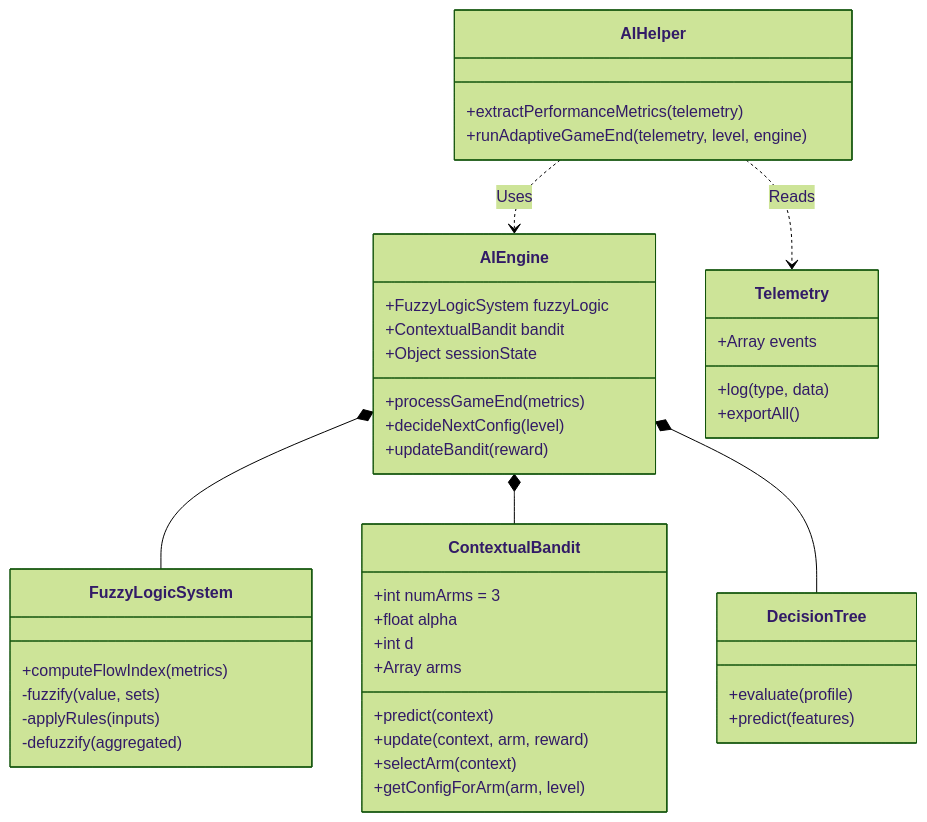
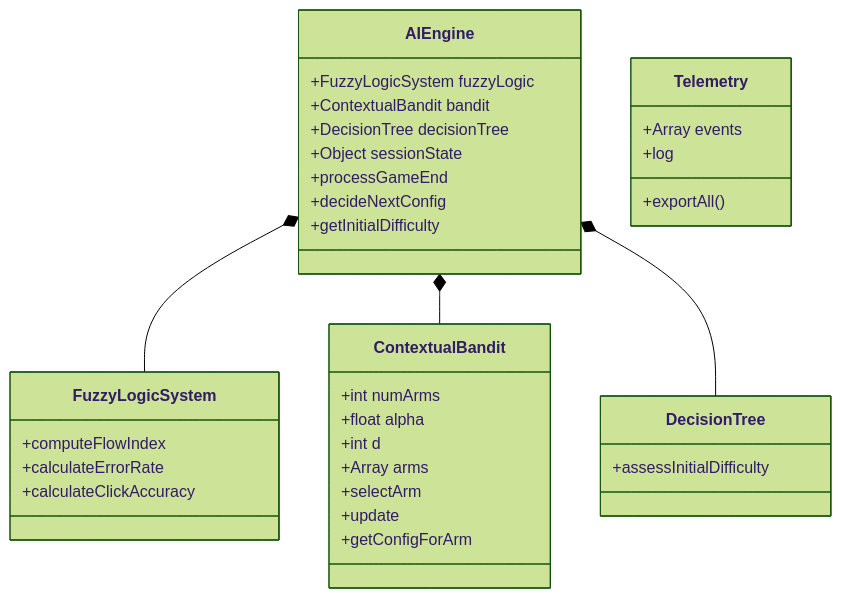
One commit to DDMYmia/Memory-Game-He-Maumahara changed the sixth of 7 diagrams in docs/SYSTEM_DIAGRAMS.md. Above: the diagram before and after it, drawn with Mermaid (forest theme). The commit also changed other lines of this file and 17 other files, not shown here.

````diff
--- a/docs/SYSTEM_DIAGRAMS.md
+++ b/docs/SYSTEM_DIAGRAMS.md
@@ -255,51 +207,42 @@
 ```mermaid
 classDiagram
     class AIEngine {
         +FuzzyLogicSystem fuzzyLogic
         +ContextualBandit bandit
+        +DecisionTree decisionTree
         +Object sessionState
-        +processGameEnd(metrics)
-        +decideNextConfig(level)
-        +updateBandit(reward)
+        +processGameEnd
+        +decideNextConfig
+        +getInitialDifficulty
     }
 
     class ContextualBandit {
-        +int numArms = 3
+        +int numArms
         +float alpha
         +int d
         +Array arms
-        +predict(context)
-        +update(context, arm, reward)
-        +selectArm(context)
-        +getConfigForArm(arm, level)
+        +selectArm
+        +update
+        +getConfigForArm
     }
 
     class FuzzyLogicSystem {
-        +computeFlowIndex(metrics)
-        -fuzzify(value, sets)
-        -applyRules(inputs)
-        -defuzzify(aggregated)
+        +computeFlowIndex
+        +calculateErrorRate
+        +calculateClickAccuracy
     }
 
     class DecisionTree {
-        +evaluate(profile)
-        +predict(features)
+        +assessInitialDifficulty
     }
 
     class Telemetry {
         +Array events
-        +log(type, data)
+        +log
         +exportAll()
-    }
-
-    class AIHelper {
-        +extractPerformanceMetrics(telemetry)
-        +runAdaptiveGameEnd(telemetry, level, engine)
     }
 
     AIEngine *-- FuzzyLogicSystem
     AIEngine *-- ContextualBandit
     AIEngine *-- DecisionTree
-    AIHelper ..> AIEngine : Uses
-    AIHelper ..> Telemetry : Reads
 ```
````
